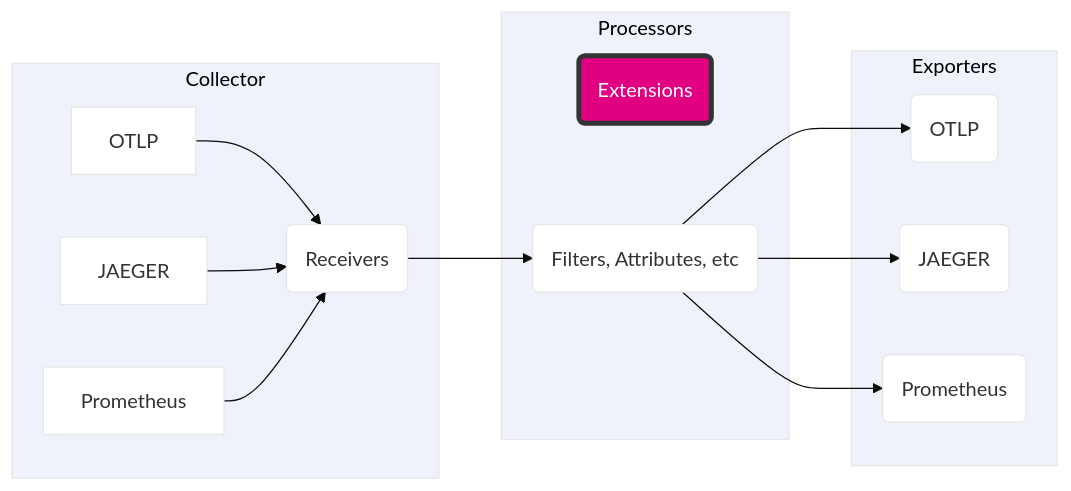
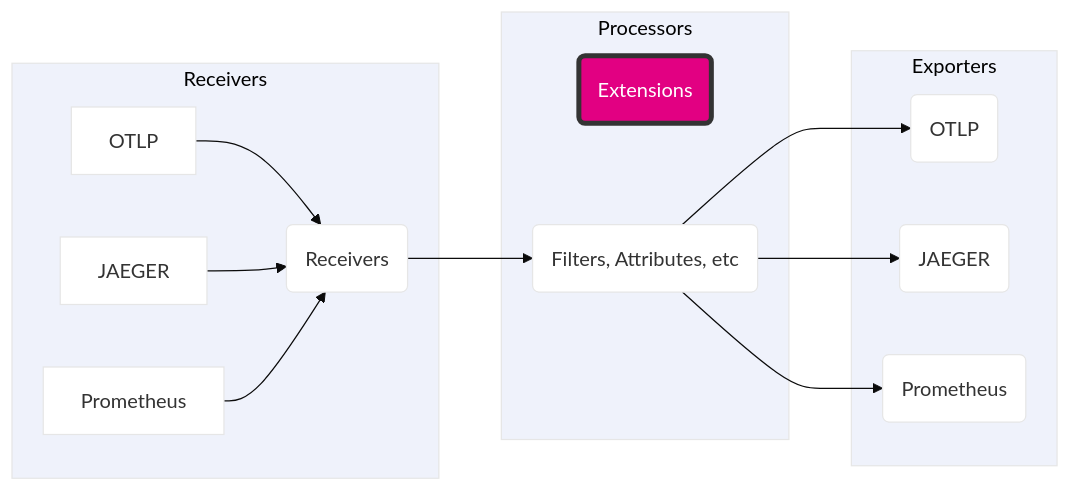
One commit to splunk/observability-workshop changed the diagram in content/ja/other/opentelemetry-collector/2-extensions/_index.md. Above: the diagram before and after it, drawn with Mermaid. The commit also changed 4 other files, not shown here.

Commit message:
fix Collector -> Receivers in flowcharts

```diff
--- a/content/ja/other/opentelemetry-collector/2-extensions/_index.md
+++ b/content/ja/other/opentelemetry-collector/2-extensions/_index.md
@@ -9,29 +9,29 @@
 {{< mermaid >}}
 %%{
   init:{
     "theme": "base",
     "themeVariables": {
       "primaryColor": "#ffffff",
       "clusterBkg": "#eff2fb",
       "defaultLinkColor": "#333333"
     }
   }
 }%%
 
 flowchart LR;
     style E fill:#e20082,stroke:#333,stroke-width:4px,color:#fff
-    subgraph Collector
+    subgraph Receivers
     A[OTLP] --> M(Receivers)
     B[JAEGER] --> M(Receivers)
     C[Prometheus] --> M(Receivers)
     end
     subgraph Processors
     M(Receivers) --> H(Filters, Attributes, etc)
     E(Extensions)
     end
     subgraph Exporters
     H(Filters, Attributes, etc) --> S(OTLP)
     H(Filters, Attributes, etc) --> T(JAEGER)
     H(Filters, Attributes, etc) --> U(Prometheus)
     end
 {{< /mermaid >}}
```
